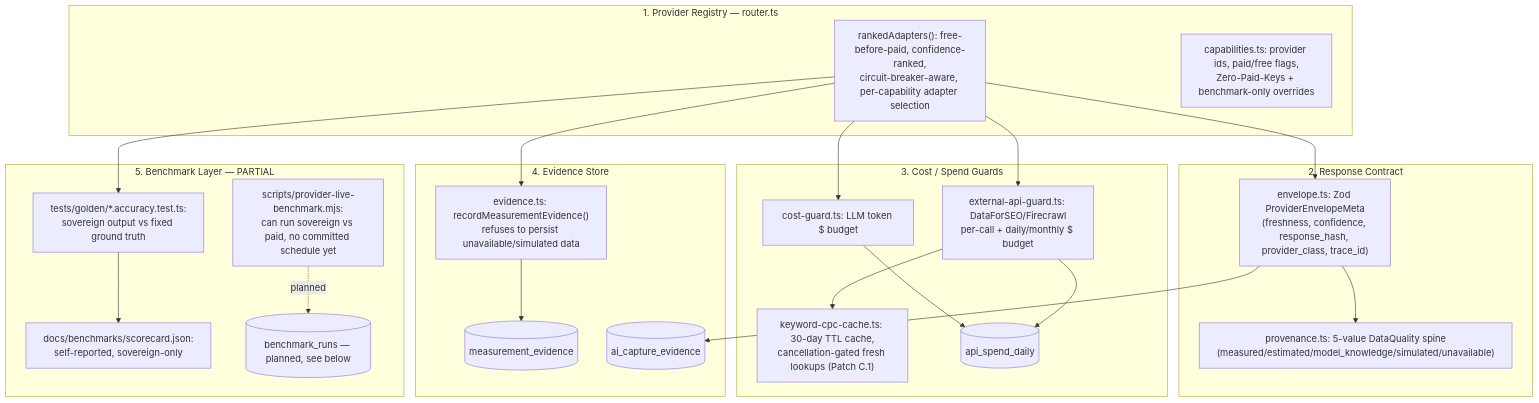
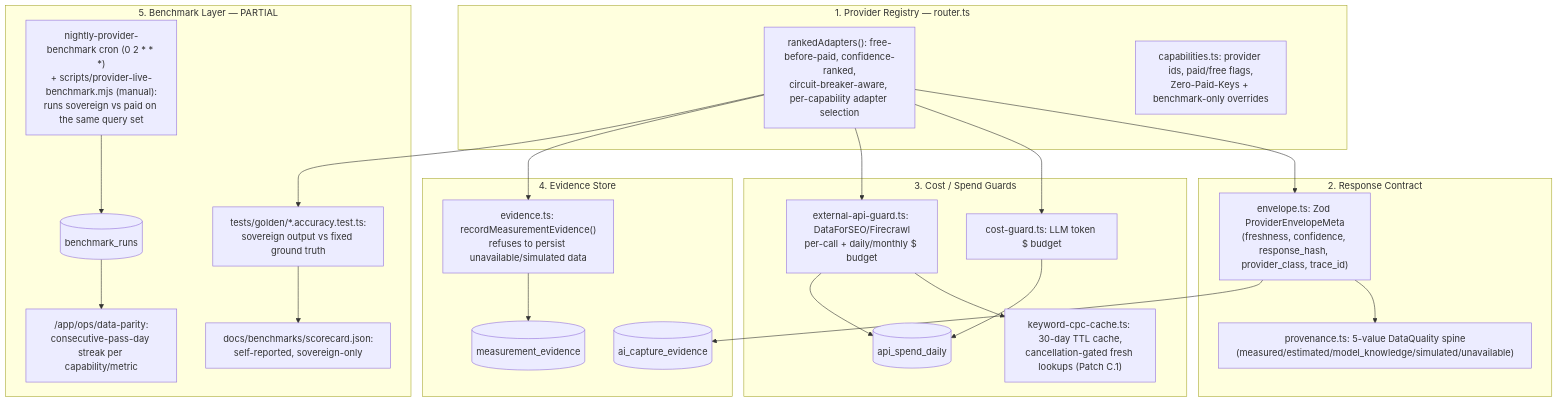
Before and after one commit to reda-baqechame/Omnipresence-engine: the diagram in docs/PRESENCEDATA_OS.md, drawn with Mermaid. The commit also changed other lines of this file and 12 other files, not shown here.

````diff
--- a/docs/PRESENCEDATA_OS.md
+++ b/docs/PRESENCEDATA_OS.md
@@ -25,42 +25,44 @@
 ```mermaid
 flowchart TB
     subgraph Registry [1. Provider Registry — router.ts]
         Router["rankedAdapters(): free-before-paid, confidence-ranked,\ncircuit-breaker-aware, per-capability adapter selection"]
         Caps["capabilities.ts: provider ids, paid/free flags,\nZero-Paid-Keys + benchmark-only overrides"]
     end
     subgraph Contract [2. Response Contract]
         Env["envelope.ts: Zod ProviderEnvelopeMeta\n(freshness, confidence, response_hash, provider_class, trace_id)"]
         Prov["provenance.ts: 5-value DataQuality spine\n(measured/estimated/model_knowledge/simulated/unavailable)"]
     end
     subgraph Cost [3. Cost / Spend Guards]
         CostGuard["cost-guard.ts: LLM token $ budget"]
         ExtGuard["external-api-guard.ts: DataForSEO/Firecrawl\nper-call + daily/monthly $ budget"]
         CpcCache["keyword-cpc-cache.ts: 30-day TTL cache,\ncancellation-gated fresh lookups (Patch C.1)"]
         Spend[("api_spend_daily")]
     end
     subgraph Evidence [4. Evidence Store]
         Ev["evidence.ts: recordMeasurementEvidence()\nrefuses to persist unavailable/simulated data"]
         MEvidence[("measurement_evidence")]
         AiEvidence[("ai_capture_evidence")]
     end
     subgraph Bench [5. Benchmark Layer — PARTIAL]
         Golden["tests/golden/*.accuracy.test.ts:\nsovereign output vs fixed ground truth"]
         Scorecard["docs/benchmarks/scorecard.json:\nself-reported, sovereign-only"]
-        LiveBench["scripts/provider-live-benchmark.mjs:\ncan run sovereign vs paid, no committed schedule yet"]
-        BenchDB[("benchmark_runs — planned, see below")]
+        LiveBench["nightly-provider-benchmark cron (0 2 * * *)\n+ scripts/provider-live-benchmark.mjs (manual):\nruns sovereign vs paid on the same query set"]
+        BenchDB[("benchmark_runs")]
+        Dashboard["/app/ops/data-parity:\nconsecutive-pass-day streak per capability/metric"]
     end
 
     Router --> Env
     Env --> Prov
     Router --> CostGuard
     Router --> ExtGuard
     ExtGuard --> CpcCache
     CostGuard --> Spend
     ExtGuard --> Spend
     Router --> Ev
     Ev --> MEvidence
     Env --> AiEvidence
     Router --> Golden
     Golden --> Scorecard
-    LiveBench -.->|planned| BenchDB
+    LiveBench --> BenchDB
+    BenchDB --> Dashboard
 ```
````
